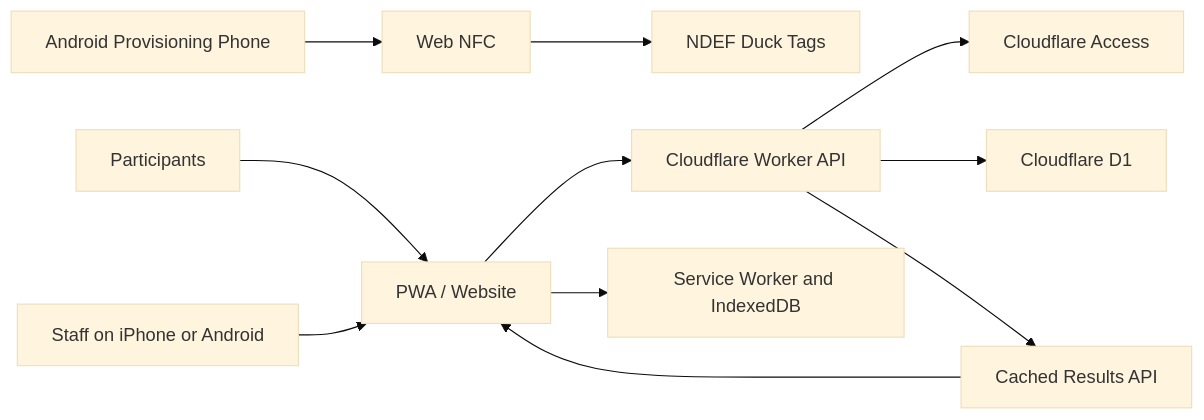
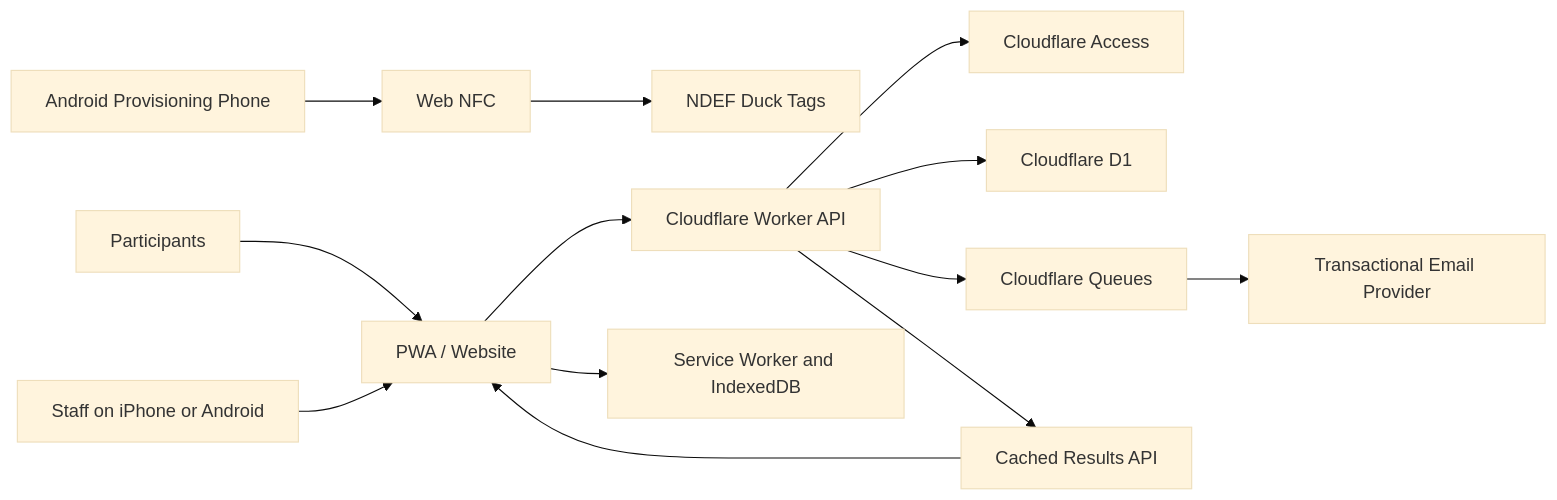
The diagram in docs/PROJECT_PLAN.md (jameskorzekwa/duck-race-manager), drawn with Mermaid (base theme) before and after one commit. The commit also changed other lines of this file and 3 other files, not shown here.

Commit message:
docs: add heat flows and duck inspection

````diff
--- a/docs/PROJECT_PLAN.md
+++ b/docs/PROJECT_PLAN.md
@@ -471,13 +545,15 @@
 ```mermaid
 flowchart LR
     Participant[Participants] --> Web[PWA / Website]
     Staff[Staff on iPhone or Android] --> Web
     Android[Android Provisioning Phone] --> WebNFC[Web NFC]
     WebNFC --> Tags[NDEF Duck Tags]
     Web --> API[Cloudflare Worker API]
     Web --> Cache[Service Worker and IndexedDB]
     API --> Auth[Cloudflare Access]
     API --> DB[Cloudflare D1]
+    API --> Queue[Cloudflare Queues]
+    Queue --> Email[Transactional Email Provider]
     API --> Results[Cached Results API]
     Results --> Web
 ```
````
